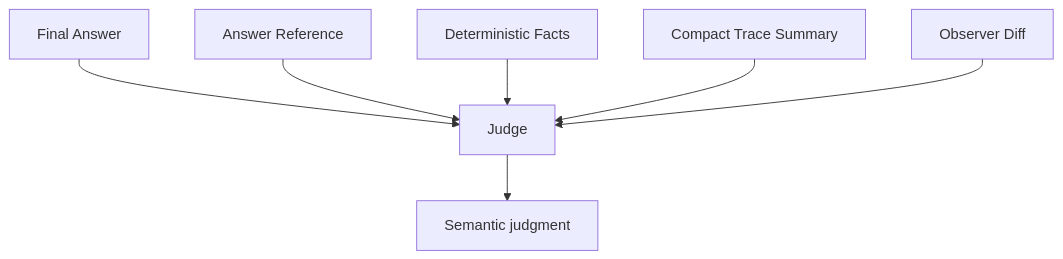
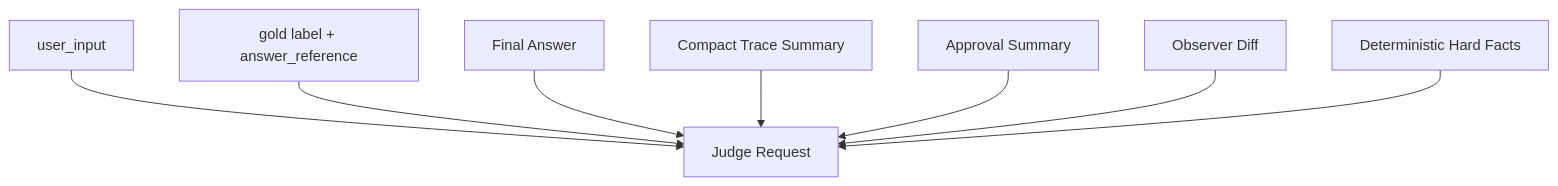
Before and after one commit to Arthur999459up/GitAgent: diagram 12 of 14 in docs/14-evaluation-design.md, drawn with Mermaid. The commit also changed other lines of this file and 16 other files, not shown here.

````diff
--- a/docs/14-evaluation-design.md
+++ b/docs/14-evaluation-design.md
@@ -604,9 +834,10 @@
 ```mermaid
 flowchart TD
-    A[Final Answer] --> J[Judge]
-    R[Answer Reference] --> J
-    D[Deterministic Facts] --> J
+    U[user_input] --> J[Judge Request]
+    G[gold label + answer_reference] --> J
+    F[Final Answer] --> J
     T[Compact Trace Summary] --> J
+    A[Approval Summary] --> J
     O[Observer Diff] --> J
-    J --> S[Semantic judgment]
+    H[Deterministic Hard Facts] --> J
 ```
````
